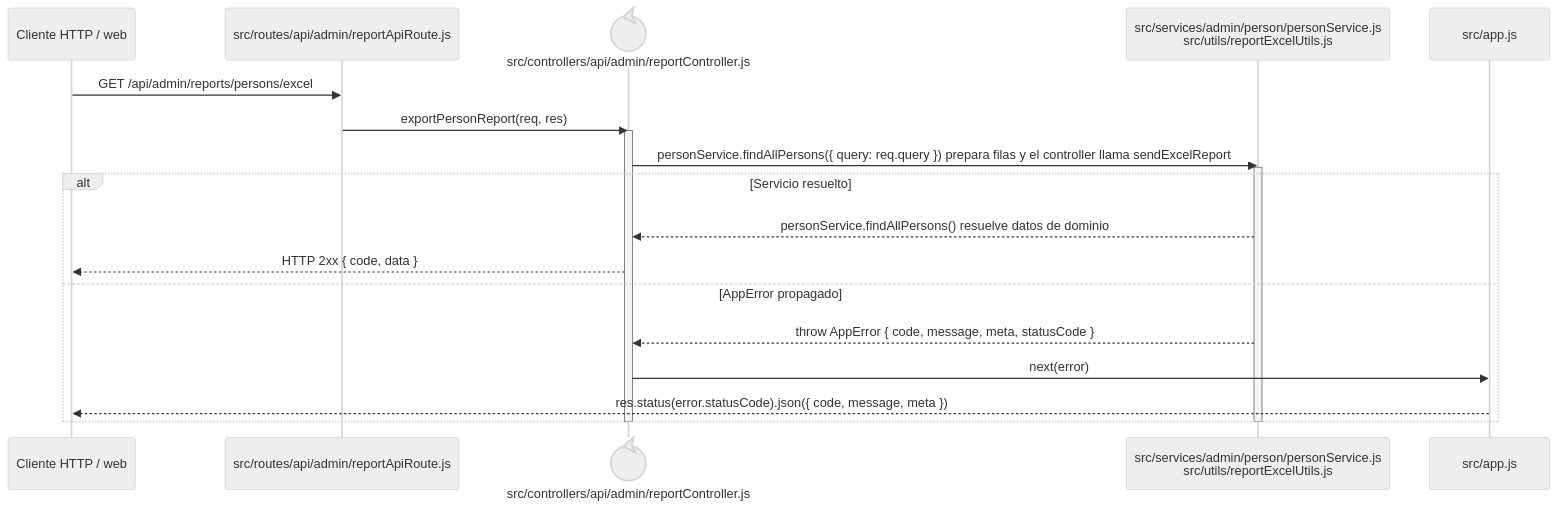
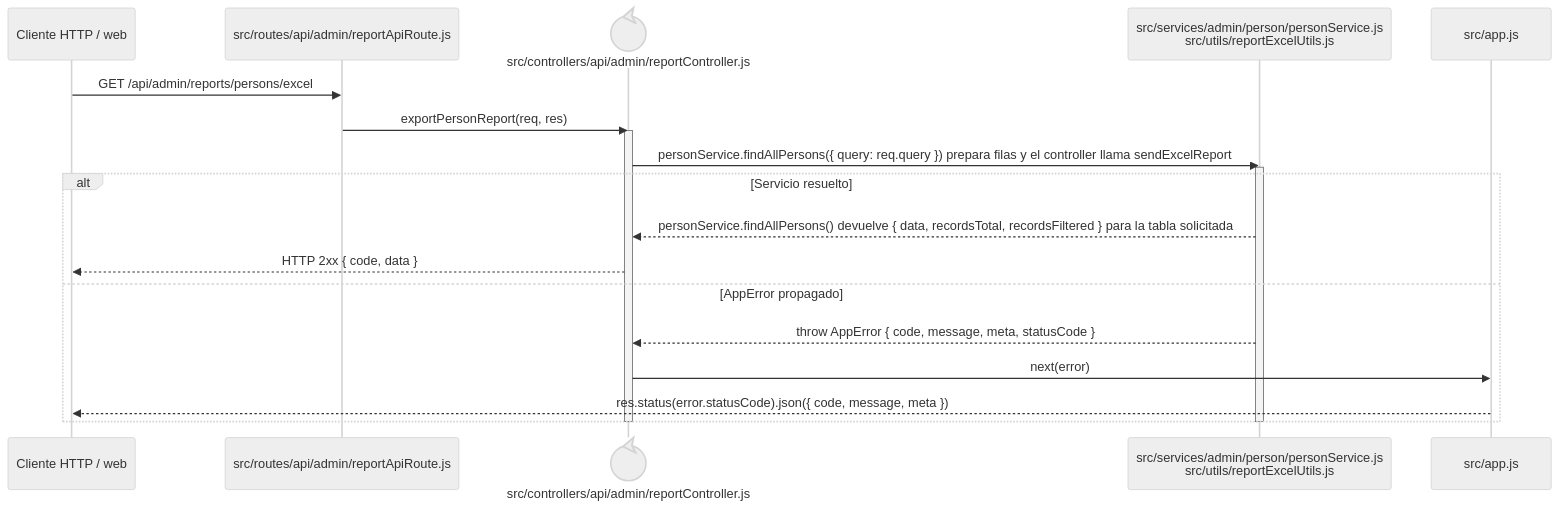
One commit to gpgsistemas01/nexus changed the diagram in docs/architecture/backend-code-sequences/identity-access/cu-ida-04.md. Above: the diagram before and after it, drawn with Mermaid (neutral theme). The commit also changed 102 other files, not shown here.

````diff
--- a/docs/architecture/backend-code-sequences/identity-access/cu-ida-04.md
+++ b/docs/architecture/backend-code-sequences/identity-access/cu-ida-04.md
@@ -6,24 +6,24 @@
 ```mermaid
 sequenceDiagram
     participant Client as Cliente HTTP / web
     participant Route as src/routes/api/admin/reportApiRoute.js
     participant Controller@{ "type": "control" } as src/controllers/api/admin/reportController.js
     participant Domain as src/services/admin/person/personService.js<br/>src/utils/reportExcelUtils.js
     participant ErrorHandler as src/app.js
 
     Client->>Route: GET /api/admin/reports/persons/excel
     Route->>Controller: exportPersonReport(req, res)
     activate Controller
     Controller->>Domain: personService.findAllPersons({ query: req.query }) prepara filas y el controller llama sendExcelReport
     activate Domain
     alt Servicio resuelto
-        Domain-->>Controller: personService.findAllPersons() resuelve datos de dominio
+        Domain-->>Controller: personService.findAllPersons() devuelve { data, recordsTotal, recordsFiltered } para la tabla solicitada
         Controller-->>Client: HTTP 2xx { code, data }
     else AppError propagado
         Domain-->>Controller: throw AppError { code, message, meta, statusCode }
         Controller->>ErrorHandler: next(error)
         ErrorHandler-->>Client: res.status(error.statusCode).json({ code, message, meta })
     end
     deactivate Domain
     deactivate Controller
 ```
````
